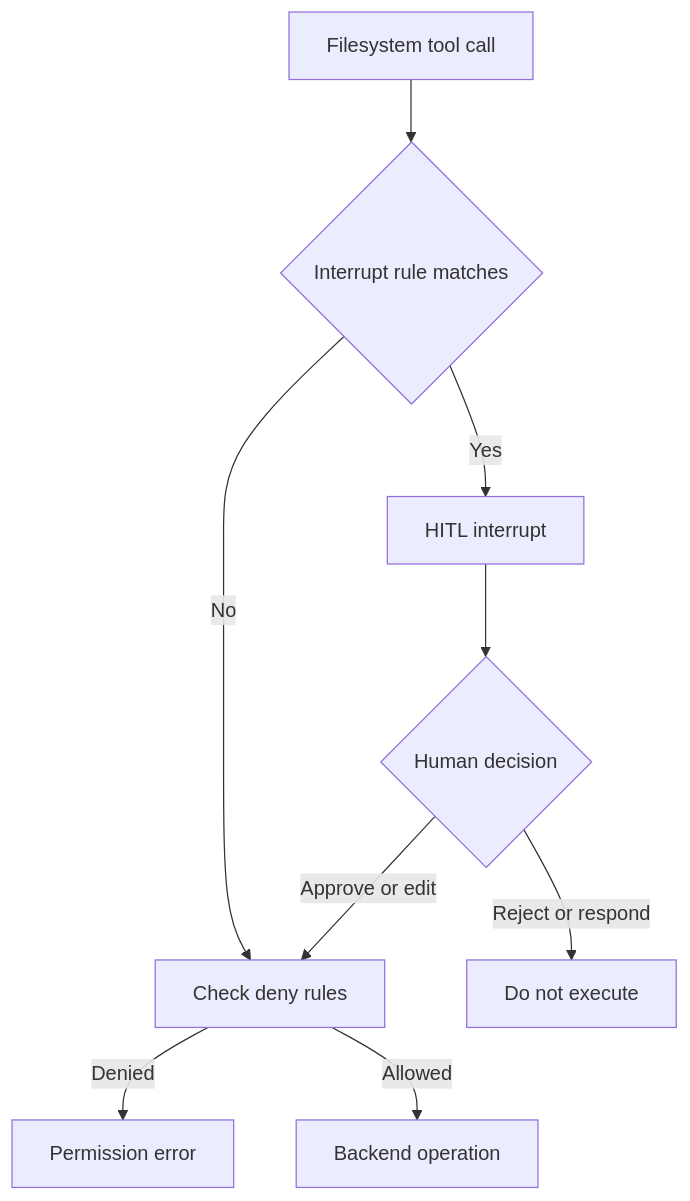
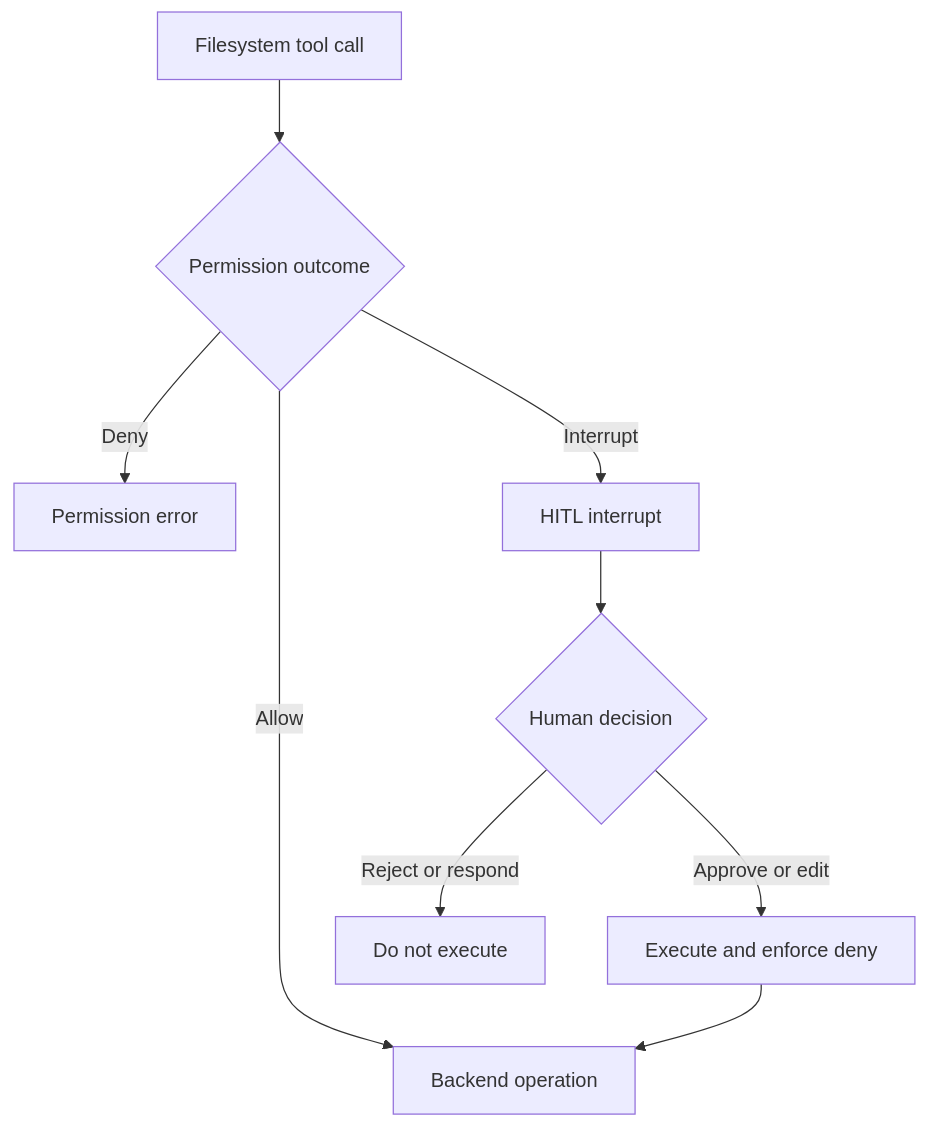
Before and after one commit to langchain-ai/deepagents: the first of 2 diagrams in openwiki/concepts/permissions-hitl.md, drawn with Mermaid. The commit also changed other lines of this file and 69 other files, not shown here.

````diff
--- a/openwiki/concepts/permissions-hitl.md
+++ b/openwiki/concepts/permissions-hitl.md
@@ -39,11 +47,11 @@
 ```mermaid
 flowchart TD
-    Call["Filesystem tool call"] --> Review{"Interrupt rule matches"}
-    Review -->|"Yes"| Pause["HITL interrupt"]
-    Review -->|"No"| Check["Check deny rules"]
-    Pause --> Decision{"Human decision"}
-    Decision -->|"Approve or edit"| Check
-    Decision -->|"Reject or respond"| Stop["Do not execute"]
-    Check -->|"Denied"| Error["Permission error"]
-    Check -->|"Allowed"| Backend["Backend operation"]
+    Call["Filesystem tool call"] --> Decision{"Permission outcome"}
+    Decision -->|"Deny"| Error["Permission error"]
+    Decision -->|"Interrupt"| Pause["HITL interrupt"]
+    Decision -->|"Allow"| Backend["Backend operation"]
+    Pause --> Human{"Human decision"}
+    Human -->|"Approve or edit"| Recheck["Execute and enforce deny"]
+    Human -->|"Reject or respond"| Stop["Do not execute"]
+    Recheck --> Backend
 ```
````
